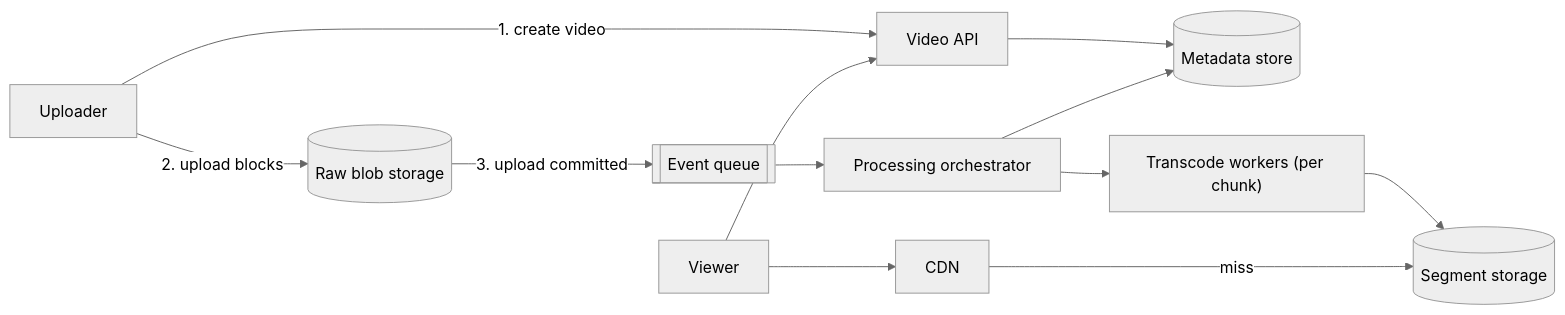
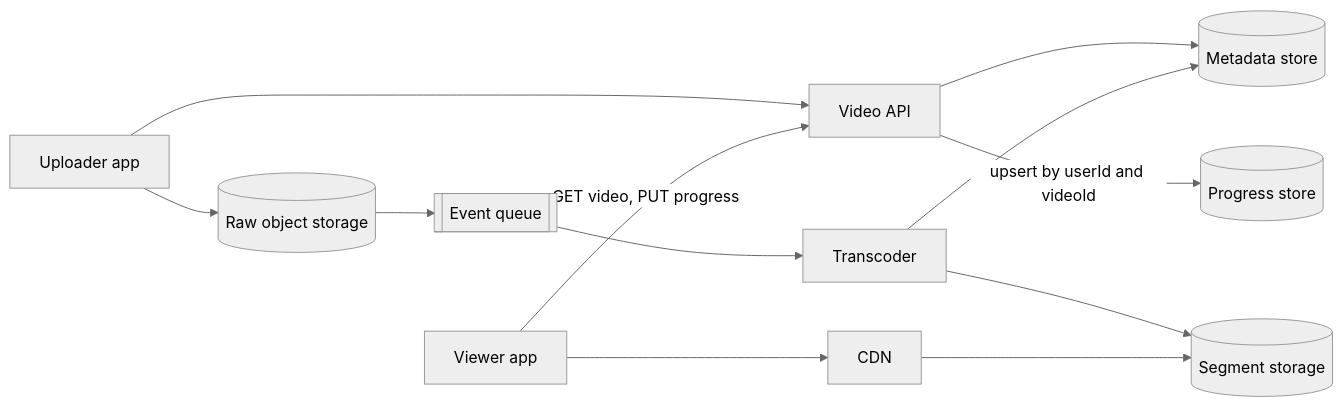
One commit to spabolu/system-design-modern changed the third of 9 diagrams in docs/06-case-studies/video-streaming.md. Above: the diagram before and after it, drawn with Mermaid (neutral theme). The commit also changed other lines of this file, not shown here.

Commit message:
Rewrite video streaming case study as a mock interview

````diff
--- a/docs/06-case-studies/video-streaming.md
+++ b/docs/06-case-studies/video-streaming.md
@@ -68,14 +186,14 @@
 ```mermaid
 flowchart LR
-  U[Uploader] -->|"1. create video"| API[Video API]
-  API --> MD[(Metadata store)]
-  U -->|"2. upload blocks"| RAW[(Raw blob storage)]
-  RAW -->|"3. upload committed"| Q[[Event queue]]
-  Q --> ORC[Processing orchestrator]
-  ORC --> TX["Transcode workers (per chunk)"]
-  TX --> OUT[(Segment storage)]
-  ORC --> MD
-  V[Viewer] --> CDN[CDN]
-  CDN -->|miss| OUT
-  V --> API
+  Up[Uploader app] --> API[Video API]
+  API --> MD[("Metadata store")]
+  Up --> Raw[("Raw object storage")]
+  Raw --> Q[[Event queue]]
+  Q --> TC[Transcoder]
+  TC --> Seg[("Segment storage")]
+  TC --> MD
+  View[Viewer app] -->|"GET video, PUT progress"| API
+  API -->|"upsert by userId and videoId"| PS[("Progress store")]
+  View --> CDN[CDN]
+  CDN --> Seg
 ```
````
